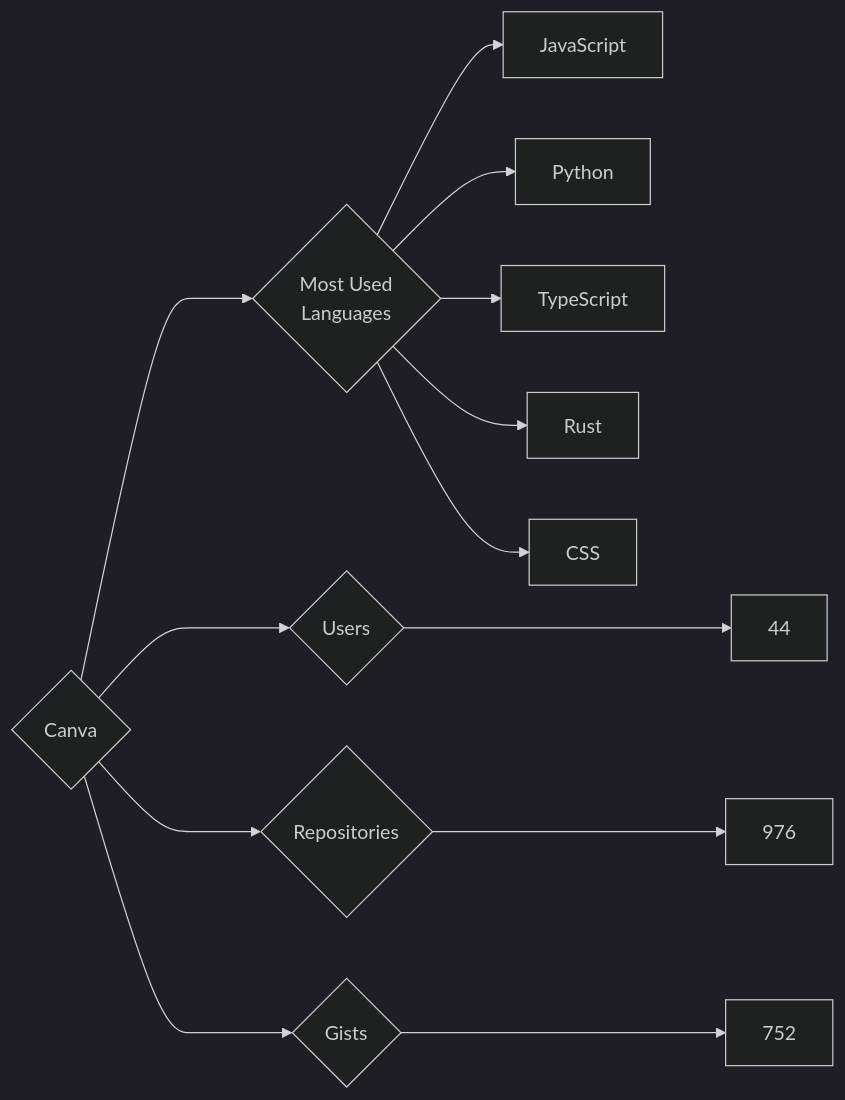
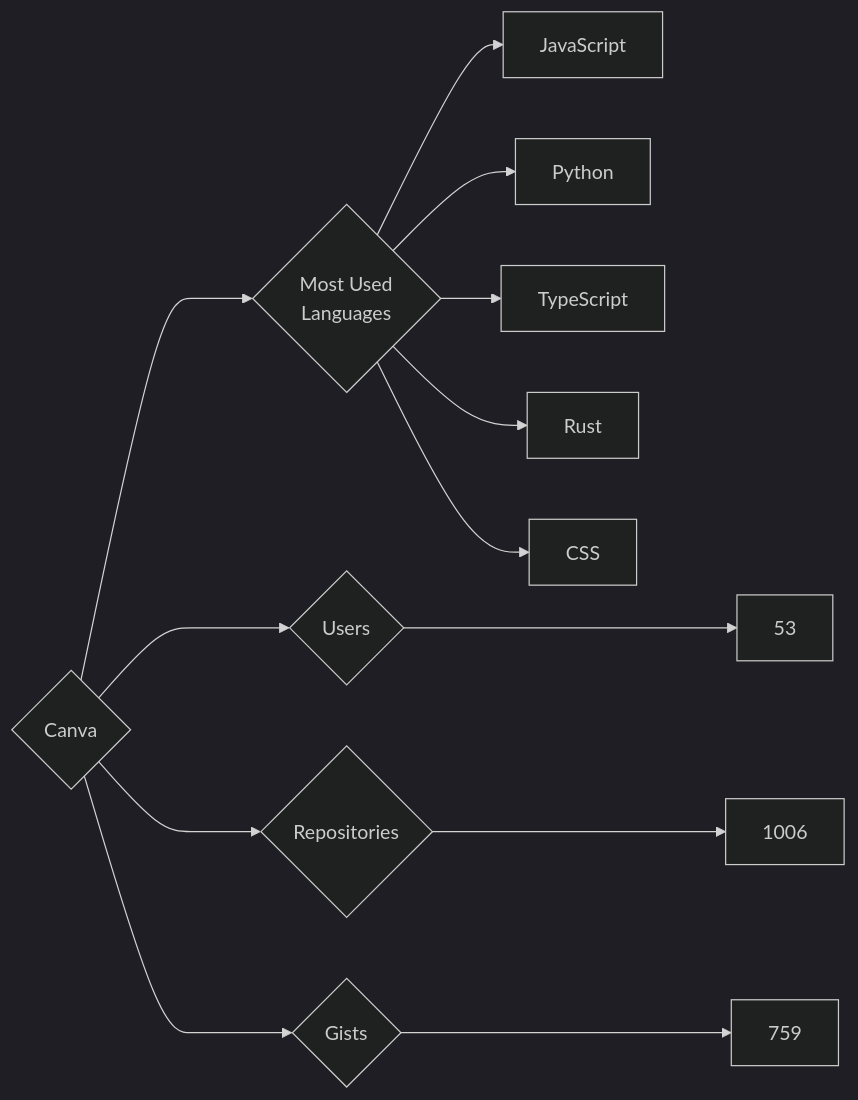
The diagram in targets/Canva/README.md (trickest/insiders), drawn with Mermaid (dark theme) before and after one commit. The commit also changed 953 other files, not shown here.

````diff
--- a/targets/Canva/README.md
+++ b/targets/Canva/README.md
@@ -3,13 +3,13 @@
 ```mermaid
 graph LR
 COMPANY_NAME{Canva}
-COMPANY_NAME ---> U{Users} ---> UN[44]
-COMPANY_NAME ---> R{Repositories} ---> RN[976]
-COMPANY_NAME ---> G{Gists} ---> GN[752]
+COMPANY_NAME ---> U{Users} ---> UN[53]
+COMPANY_NAME ---> R{Repositories} ---> RN[1006]
+COMPANY_NAME ---> G{Gists} ---> GN[759]
 COMPANY_NAME ---> ML{Most Used<br>Languages}
 ML --> JavaScript[JavaScript]
 ML --> Python[Python]
 ML --> TypeScript[TypeScript]
 ML --> Rust[Rust]
 ML --> CSS[CSS]
 ```
````
